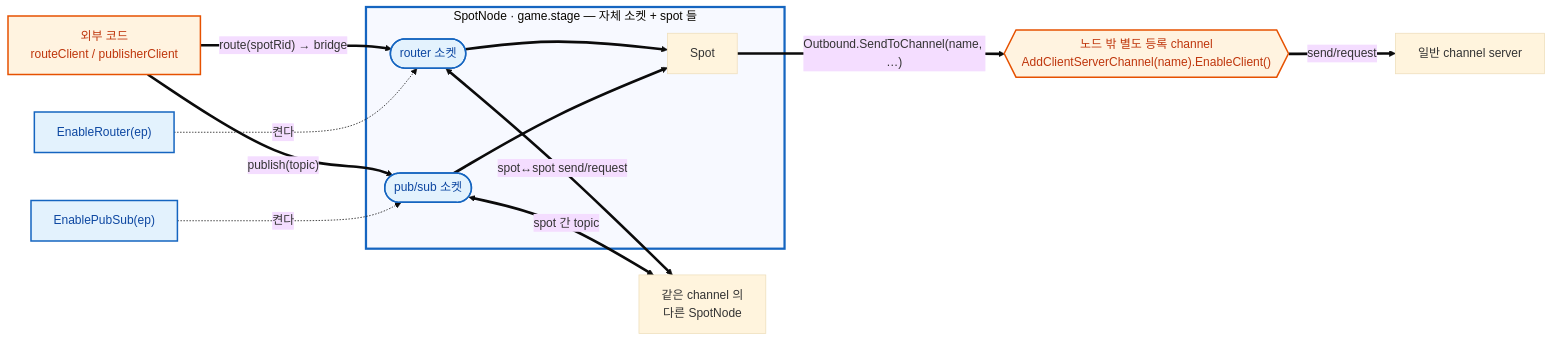
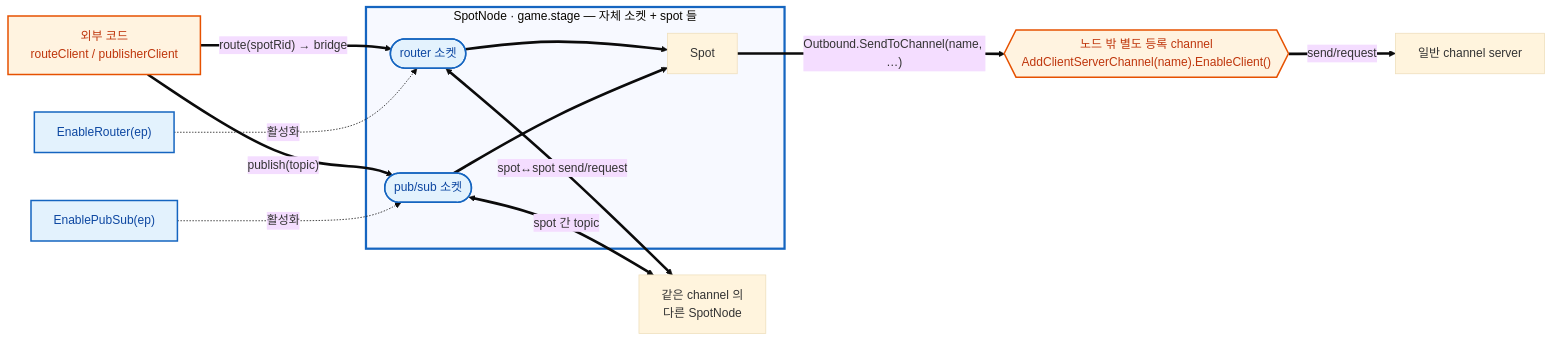
The second of 8 diagrams in framework/doc/framework/dotnet/guide/05-spot.ko.md (kairos-code-dev/zlink), drawn with Mermaid (base theme) before and after one commit. The commit also changed other lines of this file and 87 other files, not shown here.

````diff
--- a/framework/doc/framework/dotnet/guide/05-spot.ko.md
+++ b/framework/doc/framework/dotnet/guide/05-spot.ko.md
@@ -150,30 +146,30 @@
 ```mermaid
 flowchart LR
   subgraph node["SpotNode · game.stage — 자체 소켓 + spot 들"]
     rsock(["router 소켓"])
     psock(["pub/sub 소켓"])
     spot["Spot"]
   end
 
   %% 🟦 자기 channel mesh — 같은 channel 의 다른 SpotNode 와
   peer["같은 channel 의<br/>다른 SpotNode"]
   rsock <==>|"spot↔spot send/request"| peer
   psock <==>|"spot 간 topic"| peer
 
   %% 외부 → spot : 이 노드의 router/pub 소켓으로 들어온다
   ext["외부 코드<br/>routeClient / publisherClient"]
   ext ==>|"route(spotRid) → bridge"| rsock ==> spot
   ext ==>|"publish(topic)"| psock ==> spot
 
   %% spot → 외부 channel : 노드 밖에 따로 등록한 channel 을 이름으로 호출
   spot ==>|"Outbound.SendToChannel(name, …)"| chan{{"노드 밖 별도 등록 channel<br/>AddClientServerChannel(name).EnableClient()"}} ==>|"send/request"| svc["일반 channel server"]
 
-  fRouter["EnableRouter(ep)"] -. 켠다 .-> rsock
-  fPubSub["EnablePubSub(ep)"] -. 켠다 .-> psock
+  fRouter["EnableRouter(ep)"] -. 활성화 .-> rsock
+  fPubSub["EnablePubSub(ep)"] -. 활성화 .-> psock
 
   classDef ownMesh fill:#e3f2fd,stroke:#1565c0,stroke-width:2px,color:#0d47a1;
   classDef ext fill:#fff3e0,stroke:#e65100,stroke-width:2px,color:#bf360c;
   class fRouter,fPubSub,rsock,psock ownMesh;
   class chan,ext ext;
   style node stroke:#1565c0,stroke-width:3px
 ```
````
